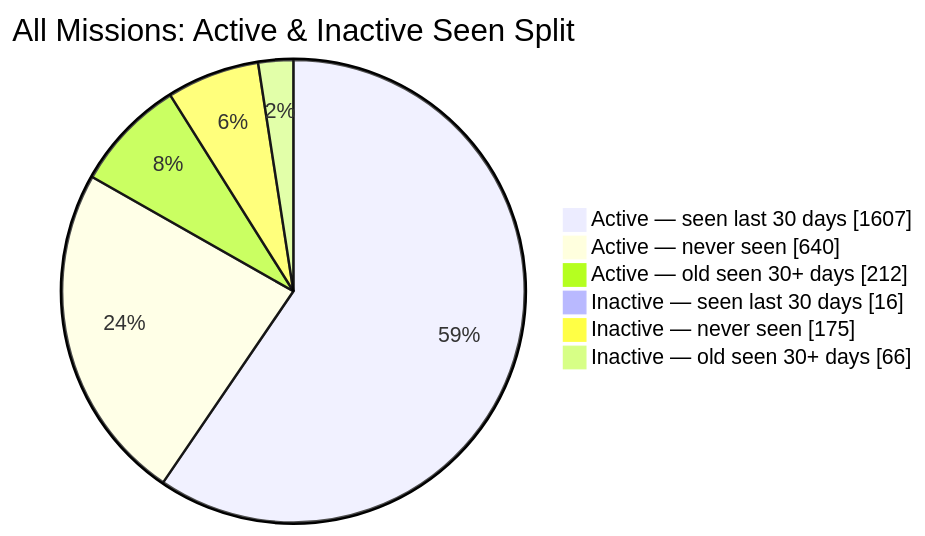
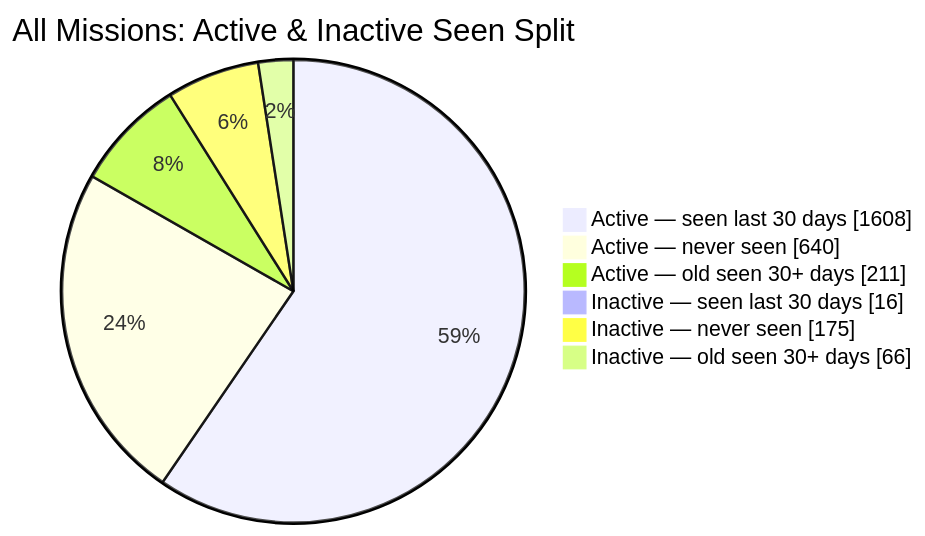
One commit to MeldkamerspelGameTeam/active-missions changed the second of 2 diagrams in README.md. Above: the diagram before and after it, drawn with Mermaid. The commit also changed other lines of this file and 3 other files, not shown here.

````diff
--- a/README.md
+++ b/README.md
@@ -44,10 +44,10 @@
 ```mermaid
 pie showData
     title All Missions: Active & Inactive Seen Split
-    "Active — seen last 30 days" : 1607
+    "Active — seen last 30 days" : 1608
     "Active — never seen" : 640
-    "Active — old seen 30+ days" : 212
+    "Active — old seen 30+ days" : 211
     "Inactive — seen last 30 days" : 16
     "Inactive — never seen" : 175
     "Inactive — old seen 30+ days" : 66
 ```
````
